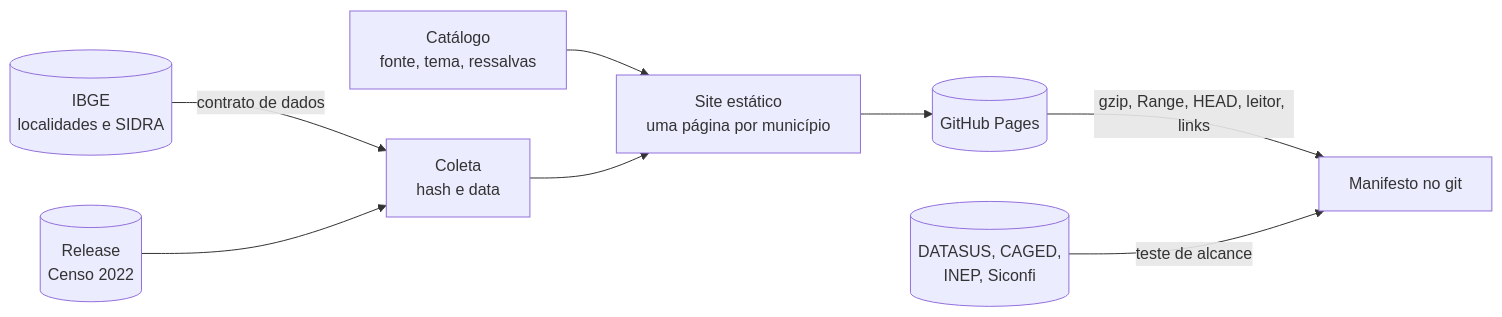
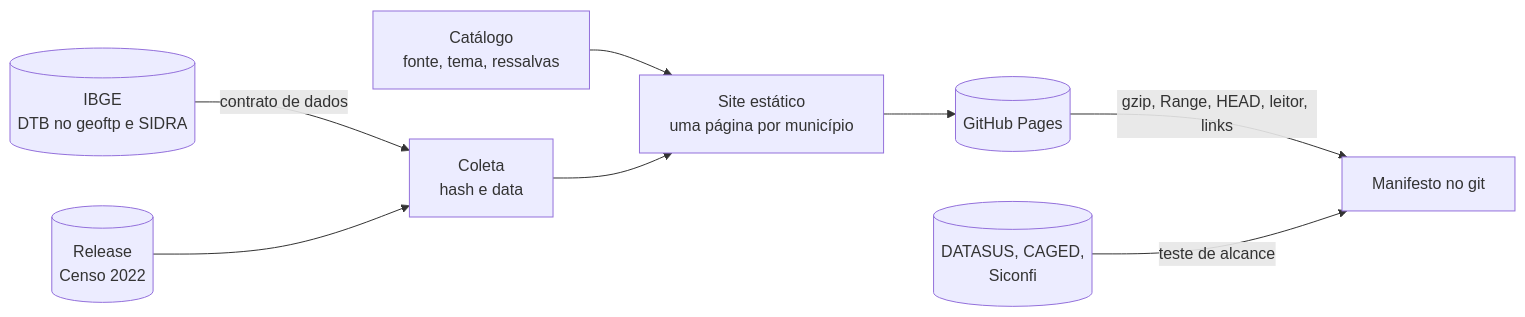
One commit to MatheusCavalcanteF/explorador-dados-publicos changed the diagram in README.md. Above: the diagram before and after it, drawn with Mermaid. The commit also changed other lines of this file and 4 other files, not shown here.

````diff
--- a/README.md
+++ b/README.md
@@ -32,10 +35,10 @@
 ```mermaid
 flowchart LR
-    I[("IBGE<br/>localidades e SIDRA")] -->|"contrato de dados"| C["Coleta<br/>hash e data"]
+    I[("IBGE<br/>DTB no geoftp e SIDRA")] -->|"contrato de dados"| C["Coleta<br/>hash e data"]
     R[("Release<br/>Censo 2022")] --> C
     K["Catálogo<br/>fonte, tema, ressalvas"] --> S
     C --> S["Site estático<br/>uma página por município"]
     S --> P[("GitHub Pages")]
     P -->|"gzip, Range, HEAD, leitor, links"| M["Manifesto no git"]
-    A[("DATASUS, CAGED,<br/>INEP, Siconfi")] -->|"teste de alcance"| M
+    A[("DATASUS, CAGED,<br/>Siconfi")] -->|"teste de alcance"| M
 ```
````
